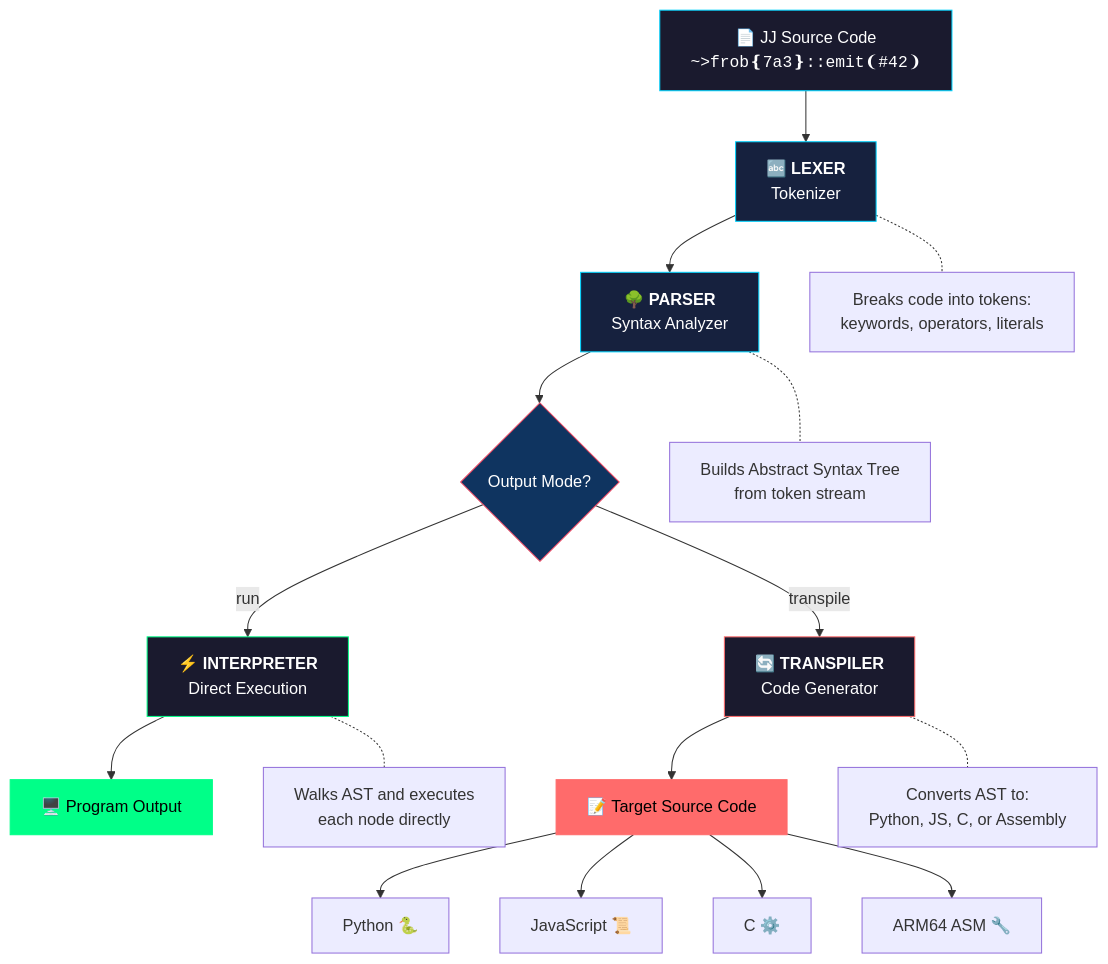
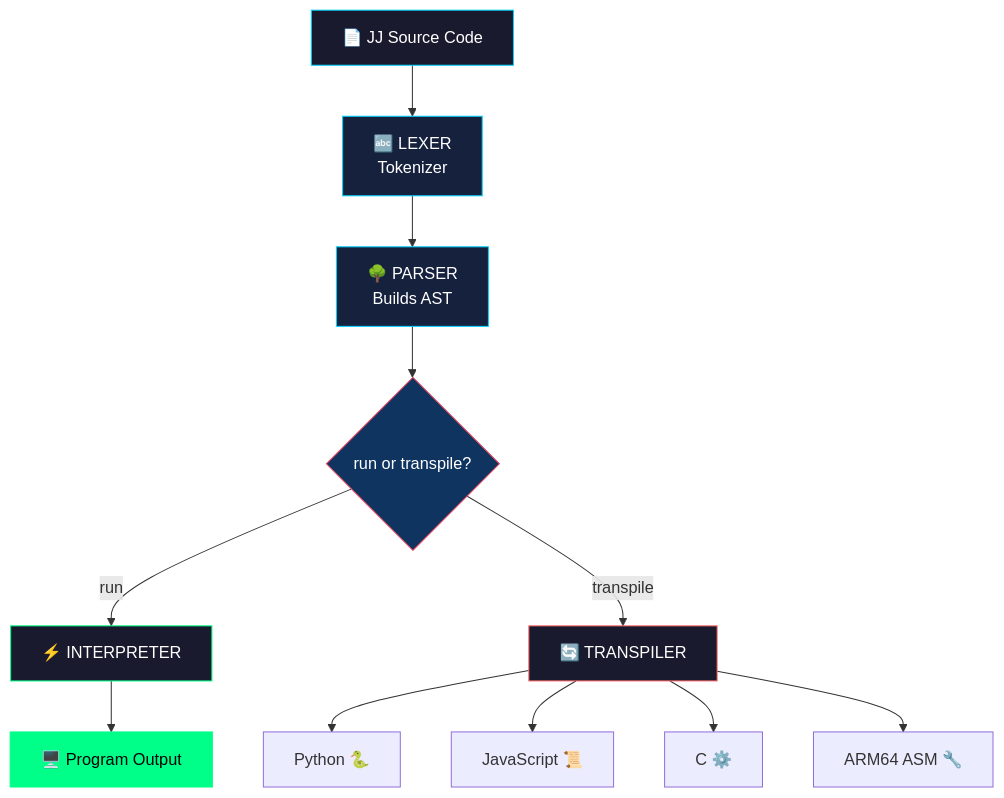
Before and after one commit to SuperBox64/JibberJabber: the diagram in README.md, drawn with Mermaid.

Commit message:
Simplify flowchart - remove side annotations for proper centering

````diff
--- a/README.md
+++ b/README.md
@@ -350,34 +350,23 @@
 ```mermaid
 flowchart TD
-    A[📄 JJ Source Code<br><code>~>frob❴7a3❵::emit❨#42❩</code>] --> B
+    A[📄 JJ Source Code] --> B[🔤 LEXER<br>Tokenizer]
+    B --> C[🌳 PARSER<br>Builds AST]
+    C --> D{run or transpile?}
 
-    B[🔤 <b>LEXER</b><br>Tokenizer] --> C
-    B -.- B1[Breaks code into tokens:<br>keywords, operators, literals]
+    D -->|run| E[⚡ INTERPRETER]
+    E --> F[🖥️ Program Output]
 
-    C[🌳 <b>PARSER</b><br>Syntax Analyzer] --> D
-    C -.- C1[Builds Abstract Syntax Tree<br>from token stream]
-
-    D{Output Mode?}
-
-    D -->|run| E[⚡ <b>INTERPRETER</b><br>Direct Execution]
-    E --> F[🖥️ Program Output]
-    E -.- E1[Walks AST and executes<br>each node directly]
-
-    D -->|transpile| G[🔄 <b>TRANSPILER</b><br>Code Generator]
-    G --> H[📝 Target Source Code]
-    G -.- G1[Converts AST to:<br>Python, JS, C, or Assembly]
-
-    H --> I[Python 🐍]
-    H --> J[JavaScript 📜]
-    H --> K[C ⚙️]
-    H --> L[ARM64 ASM 🔧]
+    D -->|transpile| G[🔄 TRANSPILER]
+    G --> H[Python 🐍]
+    G --> I[JavaScript 📜]
+    G --> J[C ⚙️]
+    G --> K[ARM64 ASM 🔧]
 
     style A fill:#1a1a2e,stroke:#00d4ff,color:#fff
     style B fill:#16213e,stroke:#00d4ff,color:#fff
     style C fill:#16213e,stroke:#00d4ff,color:#fff
     style D fill:#0f3460,stroke:#e94560,color:#fff
     style E fill:#1a1a2e,stroke:#00ff88,color:#fff
+    style F fill:#00ff88,stroke:#00ff88,color:#000
     style G fill:#1a1a2e,stroke:#ff6b6b,color:#fff
-    style F fill:#00ff88,stroke:#00ff88,color:#000
-    style H fill:#ff6b6b,stroke:#ff6b6b,color:#000
 ```
````
